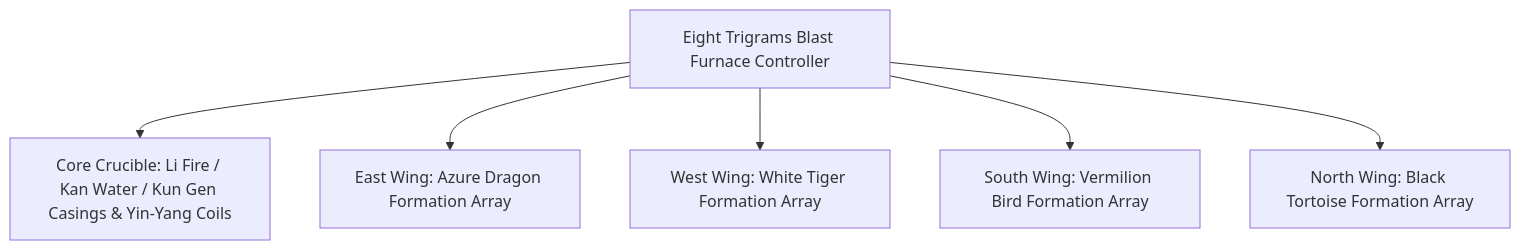
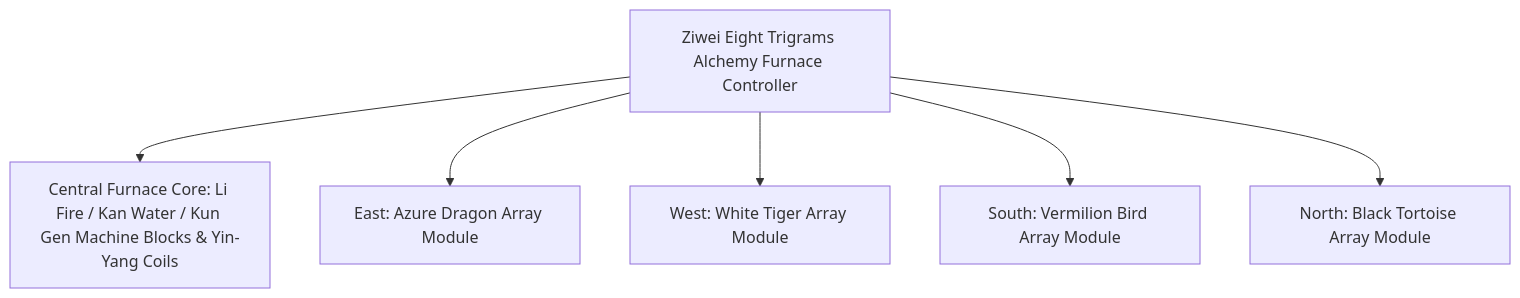
One commit to takanashisatou/GregtechEasy changed the diagram in docs/en/gtecore/yin-yang-and-four-symbols.md. Above: the diagram before and after it, drawn with Mermaid. The commit also changed other lines of this file and 162 other files, not shown here.

````diff
--- a/docs/en/gtecore/yin-yang-and-four-symbols.md
+++ b/docs/en/gtecore/yin-yang-and-four-symbols.md
@@ -11,8 +11,8 @@
 ```mermaid
 graph TD
-    A[Eight Trigrams Blast Furnace Controller] --> B[Core Crucible: Li Fire / Kan Water / Kun Gen Casings & Yin-Yang Coils]
-    A --> C[East Wing: Azure Dragon Formation Array]
-    A --> D[West Wing: White Tiger Formation Array]
-    A --> E[South Wing: Vermilion Bird Formation Array]
-    A --> F[North Wing: Black Tortoise Formation Array]
+    A[Ziwei Eight Trigrams Alchemy Furnace Controller] --> B[Central Furnace Core: Li Fire / Kan Water / Kun Gen Machine Blocks & Yin-Yang Coils]
+    A --> C[East: Azure Dragon Array Module]
+    A --> D[West: White Tiger Array Module]
+    A --> E[South: Vermilion Bird Array Module]
+    A --> F[North: Black Tortoise Array Module]
 ```
````
